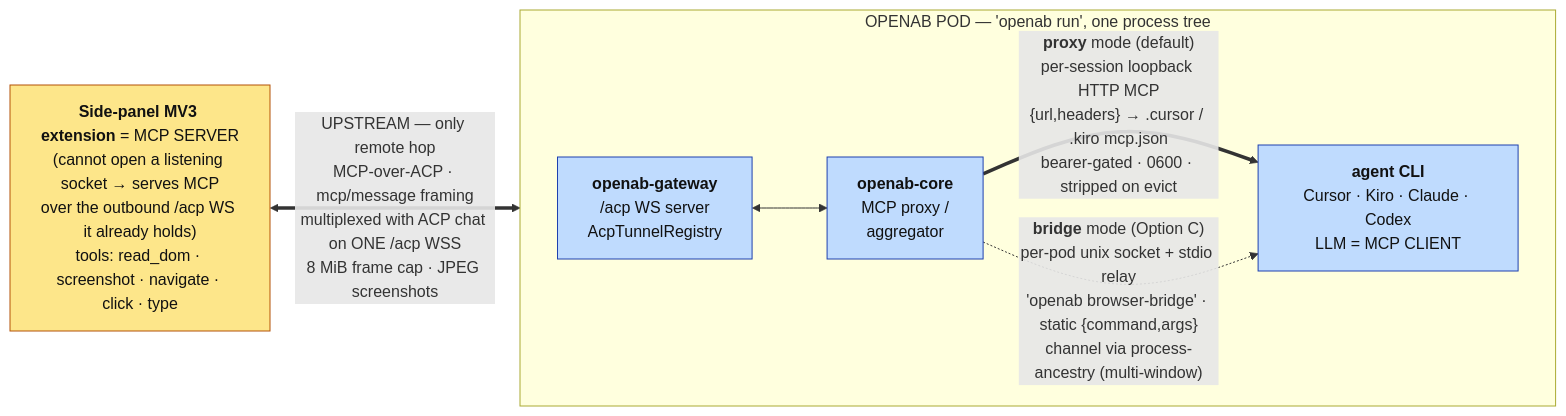
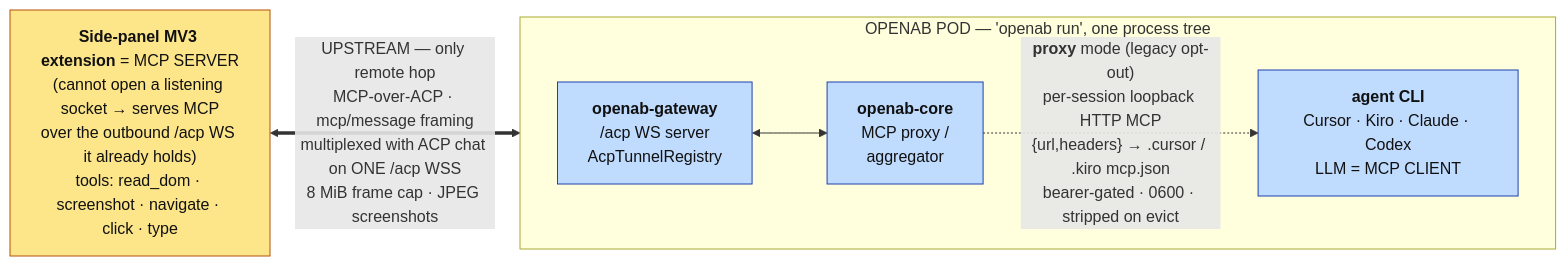
One commit to openabdev/openab changed the first of 2 diagrams in docs/adr/acp-server-websocket-reverse-mcp.md. Above: the diagram before and after it, drawn with Mermaid. The commit also changed other lines of this file and 7 other files, not shown here.

First line of the commit message:
feat(acp)!: remove the stdio bridge transport

````diff
--- a/docs/adr/acp-server-websocket-reverse-mcp.md
+++ b/docs/adr/acp-server-websocket-reverse-mcp.md
@@ -67,18 +67,17 @@
 ```mermaid
 flowchart LR
   EXT["<b>Side-panel MV3 extension</b> = MCP SERVER<br/>(cannot open a listening socket → serves MCP<br/>over the outbound /acp WS it already holds)<br/>tools: read_dom · screenshot · navigate · click · type"]
   subgraph POD["OPENAB POD — 'openab run', one process tree"]
     direction LR
     GW["<b>openab-gateway</b><br/>/acp WS server<br/>AcpTunnelRegistry"]
     CORE["<b>openab-core</b><br/>MCP proxy /<br/>aggregator"]
     AGENT["<b>agent CLI</b><br/>Cursor · Kiro · Claude · Codex<br/>LLM = MCP CLIENT"]
     GW <--> CORE
-    CORE ==>|"<b>proxy</b> mode (default)<br/>per-session loopback HTTP MCP<br/>{url,headers} → .cursor / .kiro mcp.json<br/>bearer-gated · 0600 · stripped on evict"| AGENT
-    CORE -.->|"<b>bridge</b> mode (Option C)<br/>per-pod unix socket + stdio relay<br/>'openab browser-bridge' · static {command,args}<br/>channel via process-ancestry (multi-window)"| AGENT
+    CORE -.->|"<b>proxy</b> mode (legacy opt-out)<br/>per-session loopback HTTP MCP<br/>{url,headers} → .cursor / .kiro mcp.json<br/>bearer-gated · 0600 · stripped on evict"| AGENT
   end
   EXT <==>|"UPSTREAM — only remote hop<br/>MCP-over-ACP · mcp/message framing<br/>multiplexed with ACP chat on ONE /acp WSS<br/>8 MiB frame cap · JPEG screenshots"| GW
   classDef remote fill:#fde68a,stroke:#b45309,color:#111;
   classDef pod fill:#bfdbfe,stroke:#1e40af,color:#111;
   class EXT remote;
   class GW,CORE,AGENT pod;
 ```
````
